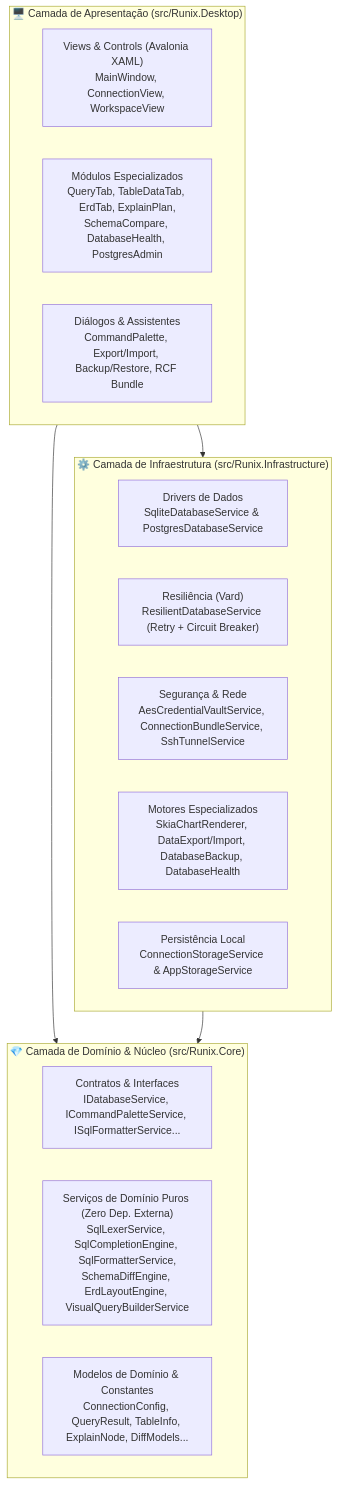
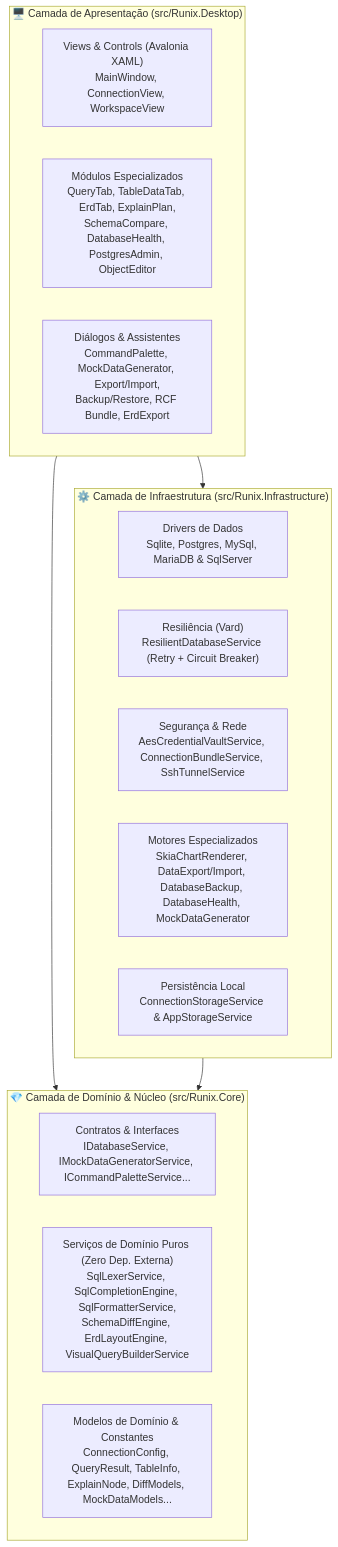
One commit to juniorschroder/Runix changed the diagram in README.pt-BR.md. Above: the diagram before and after it, drawn with Mermaid. The commit also changed other lines of this file and 1 other file, not shown here.

````diff
--- a/README.pt-BR.md
+++ b/README.pt-BR.md
@@ -114,26 +133,26 @@
 ```mermaid
 flowchart TD
     subgraph Presentation ["🖥️ Camada de Apresentação (src/Runix.Desktop)"]
         UI["Views & Controls (Avalonia XAML)\nMainWindow, ConnectionView, WorkspaceView"]
-        Tabs["Módulos Especializados\nQueryTab, TableDataTab, ErdTab, ExplainPlan,\nSchemaCompare, DatabaseHealth, PostgresAdmin"]
-        Dialogs["Diálogos & Assistentes\nCommandPalette, Export/Import, Backup/Restore, RCF Bundle"]
+        Tabs["Módulos Especializados\nQueryTab, TableDataTab, ErdTab, ExplainPlan,\nSchemaCompare, DatabaseHealth, PostgresAdmin, ObjectEditor"]
+        Dialogs["Diálogos & Assistentes\nCommandPalette, MockDataGenerator, Export/Import,\nBackup/Restore, RCF Bundle, ErdExport"]
     end
 
     subgraph Infrastructure ["⚙️ Camada de Infraestrutura (src/Runix.Infrastructure)"]
-        Data["Drivers de Dados\nSqliteDatabaseService & PostgresDatabaseService"]
+        Data["Drivers de Dados\nSqlite, Postgres, MySql, MariaDB & SqlServer"]
         Resilience["Resiliência (Vard)\nResilientDatabaseService (Retry + Circuit Breaker)"]
         Sec["Segurança & Rede\nAesCredentialVaultService, ConnectionBundleService, SshTunnelService"]
-        Engines["Motores Especializados\nSkiaChartRenderer, DataExport/Import, DatabaseBackup, DatabaseHealth"]
+        Engines["Motores Especializados\nSkiaChartRenderer, DataExport/Import, DatabaseBackup, DatabaseHealth, MockDataGenerator"]
         Storage["Persistência Local\nConnectionStorageService & AppStorageService"]
     end
 
     subgraph Core ["💎 Camada de Domínio & Núcleo (src/Runix.Core)"]
-        Interfaces["Contratos & Interfaces\nIDatabaseService, ICommandPaletteService, ISqlFormatterService..."]
+        Interfaces["Contratos & Interfaces\nIDatabaseService, IMockDataGeneratorService, ICommandPaletteService..."]
         CoreServices["Serviços de Domínio Puros (Zero Dep. Externa)\nSqlLexerService, SqlCompletionEngine, SqlFormatterService,\nSchemaDiffEngine, ErdLayoutEngine, VisualQueryBuilderService"]
-        Models["Modelos de Domínio & Constantes\nConnectionConfig, QueryResult, TableInfo, ExplainNode, DiffModels..."]
+        Models["Modelos de Domínio & Constantes\nConnectionConfig, QueryResult, TableInfo, ExplainNode, DiffModels, MockDataModels..."]
     end
 
     Presentation --> Infrastructure
     Presentation --> Core
     Infrastructure --> Core
 ```
````
